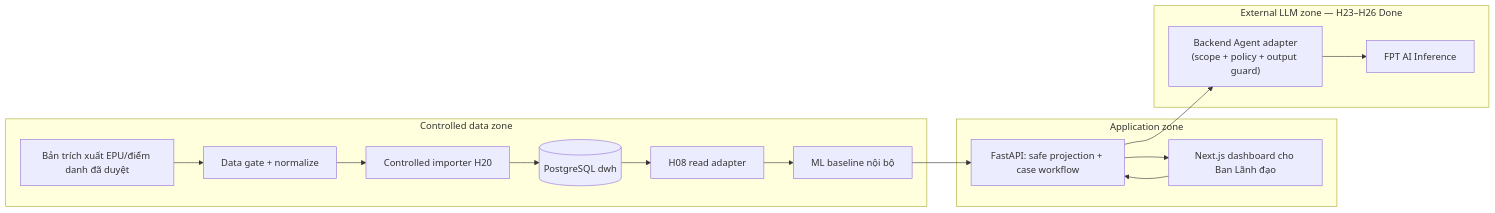
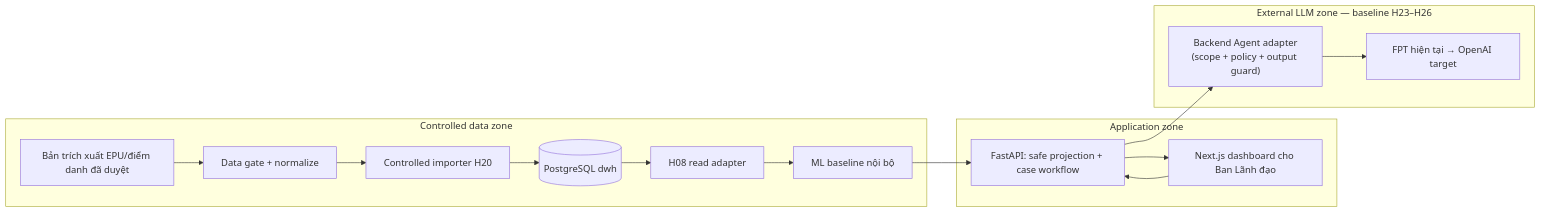
Before and after one commit to phanthutrang410/ABG_team: the first of 4 diagrams in docs/04-engineering/05-system-architecture.md, drawn with Mermaid. The commit also changed other lines of this file and 25 other files, not shown here.

````diff
--- a/docs/04-engineering/05-system-architecture.md
+++ b/docs/04-engineering/05-system-architecture.md
@@ -40,21 +40,21 @@
 ```mermaid
 flowchart LR
   subgraph Z1[Controlled data zone]
     EPU["Bản trích xuất EPU/điểm danh đã duyệt"] --> Gate["Data gate + normalize"]
     Gate --> Import["Controlled importer H20"]
     Import --> DWH[("PostgreSQL dwh")]
     DWH --> Adapter["H08 read adapter"]
     Adapter --> ML["ML baseline nội bộ"]
   end
 
   subgraph Z2[Application zone]
     ML --> API["FastAPI: safe projection + case workflow"]
     API --> UI["Next.js dashboard cho Ban Lãnh đạo"]
     UI --> API
   end
 
-  subgraph Z3[External LLM zone — H23–H26 Done]
+  subgraph Z3[External LLM zone — baseline H23–H26]
     API --> Agent["Backend Agent adapter\n(scope + policy + output guard)"]
-    Agent --> FPT["FPT AI Inference"]
+    Agent --> LLM["FPT hiện tại → OpenAI target"]
   end
 ```
````
